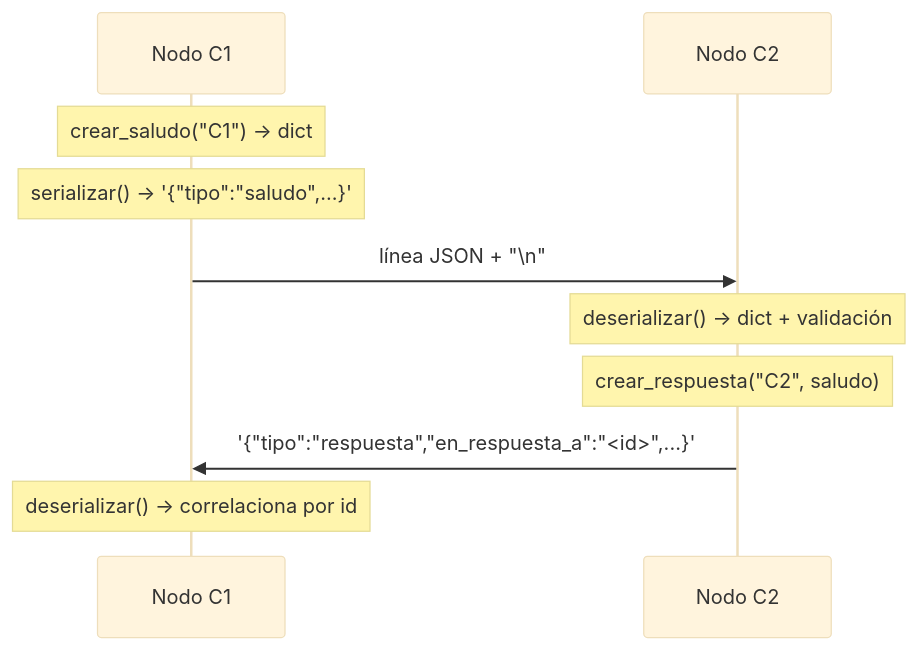
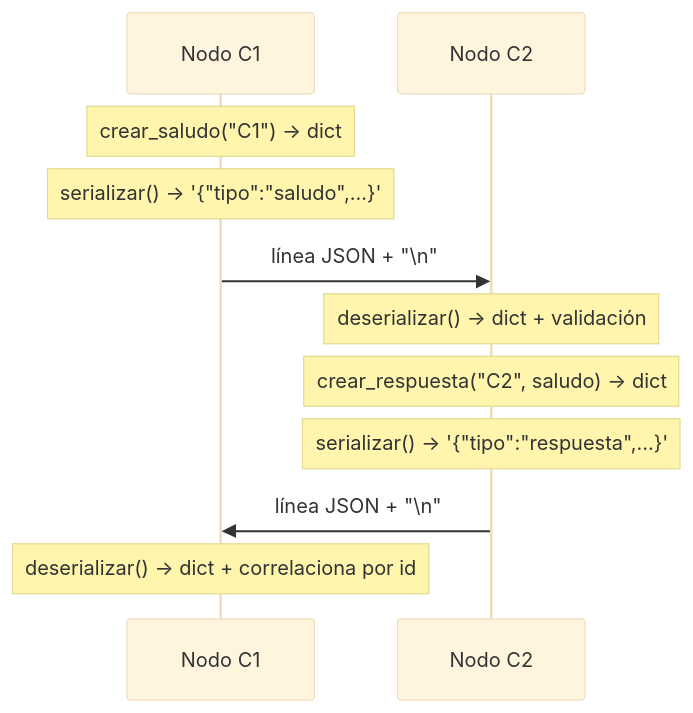
The diagram in hit5/README.md (mnomico/sdypp_tp1), drawn with Mermaid (base theme) before and after one commit. The commit also changed 3 other files, not shown here.

Commit message:
correciones chicas en los diagramas

````diff
--- a/hit5/README.md
+++ b/hit5/README.md
@@ -10,12 +10,13 @@
 ```mermaid
 sequenceDiagram
     participant C1 as Nodo C1
     participant C2 as Nodo C2
     Note over C1: crear_saludo("C1") → dict
     Note over C1: serializar() → '{"tipo":"saludo",...}'
     C1->>C2: línea JSON + "\n"
     Note over C2: deserializar() → dict + validación
-    Note over C2: crear_respuesta("C2", saludo)
-    C2->>C1: '{"tipo":"respuesta","en_respuesta_a":"<id>",...}'
-    Note over C1: deserializar() → correlaciona por id
+    Note over C2: crear_respuesta("C2", saludo) → dict
+    Note over C2: serializar() → '{"tipo":"respuesta",...}'
+    C2->>C1: línea JSON + "\n"
+    Note over C1: deserializar() → dict + correlaciona por id
 ```
````
